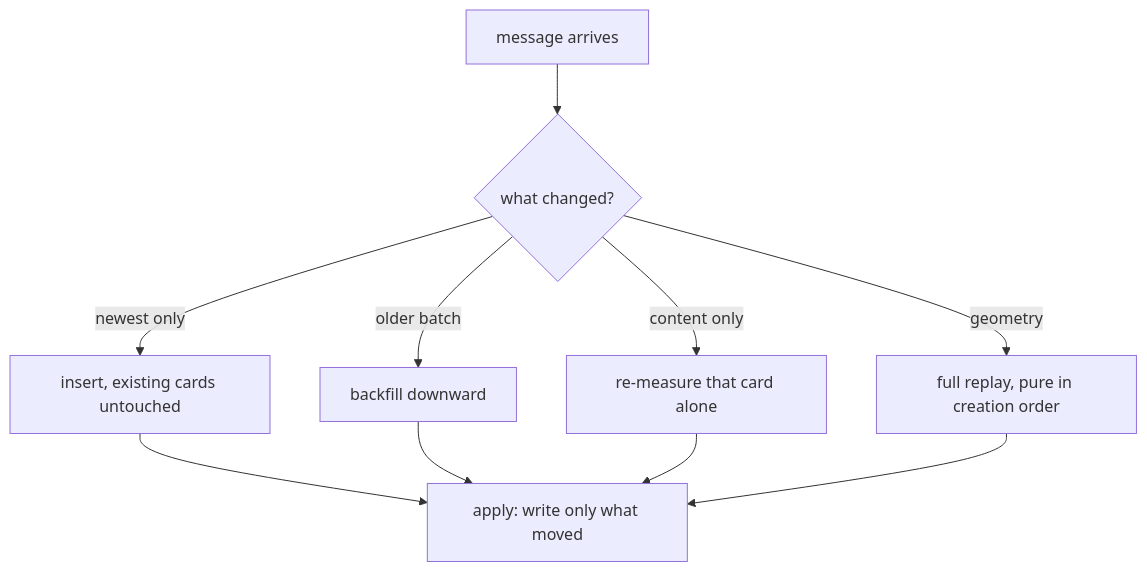
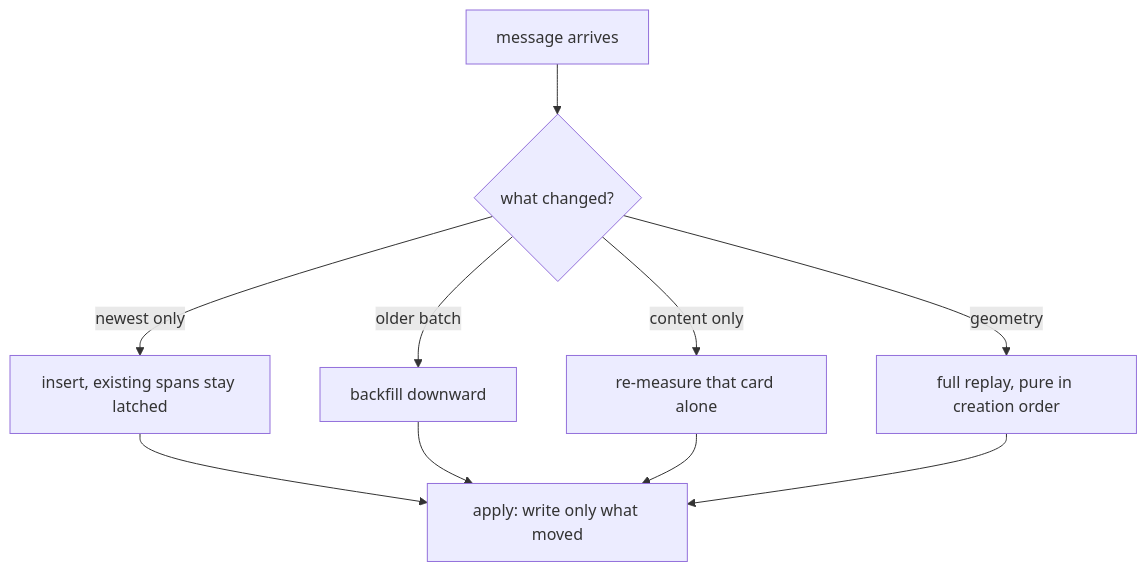
Before and after one commit to infimalabs/spice-rust: diagram 15 of 17 in docs/product/loops.md, drawn with Mermaid. The commit also changed other lines of this file and 71 other files, not shown here.

````diff
--- a/docs/product/loops.md
+++ b/docs/product/loops.md
@@ -305,12 +453,12 @@
 ```mermaid
 flowchart TD
   M["message arrives"] --> S{"what changed?"}
-  S -- "newest only" --> I["insert, existing cards untouched"]
+  S -- "newest only" --> I["insert, existing spans stay latched"]
   S -- "older batch" --> B["backfill downward"]
   S -- "content only" --> C["re-measure that card alone"]
   S -- "geometry" --> F["full replay, pure in creation order"]
   I --> A["apply: write only what moved"]
   B --> A
   C --> A
   F --> A
 ```
````
